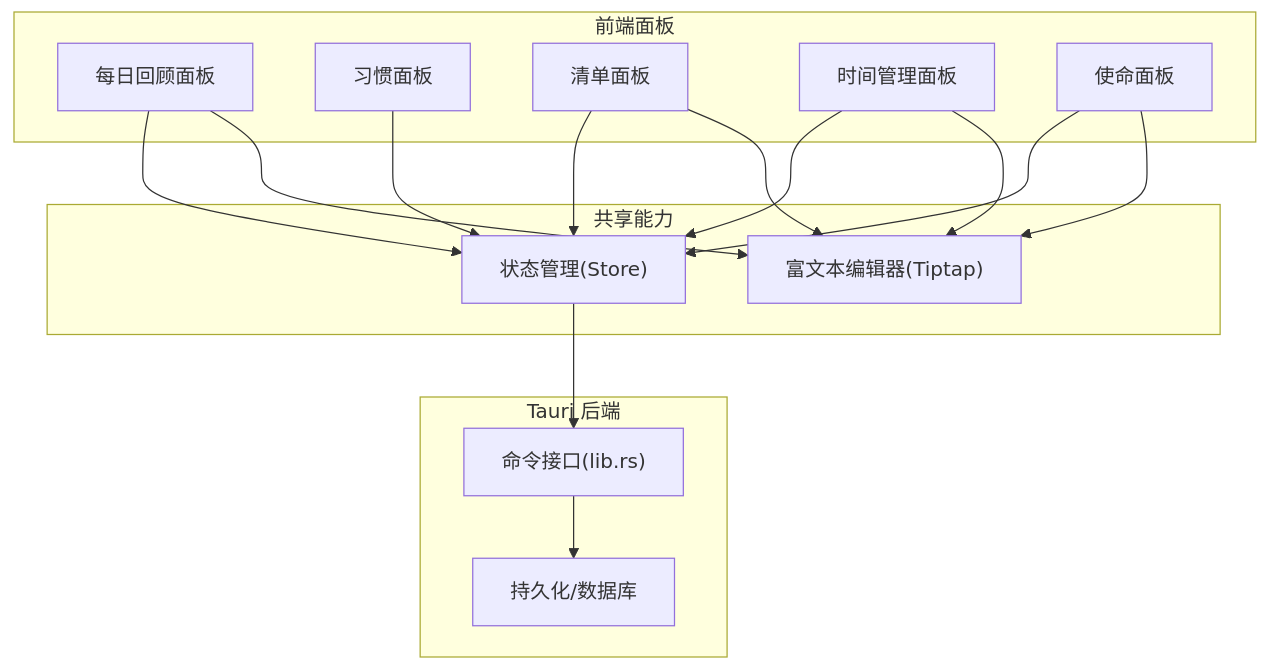
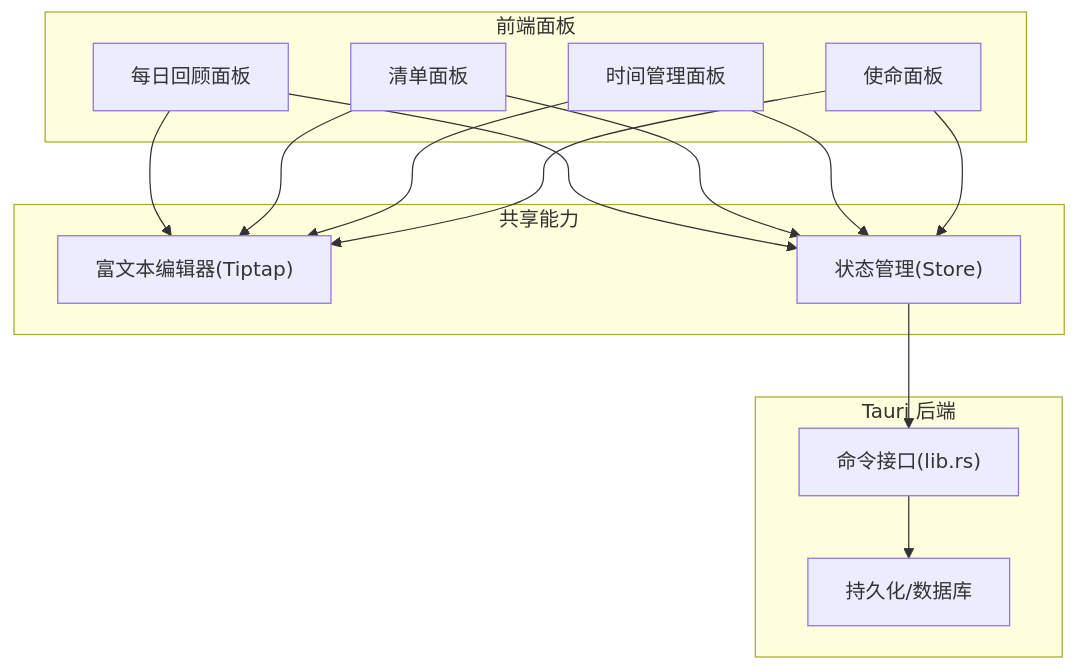
The second of 7 diagrams in .qoder/repowiki/zh/content/项目概述/项目介绍.md (gzdxhujiale/FishWorker), drawn with Mermaid before and after one commit. The commit also changed other lines of this file and 36 other files, not shown here.

````diff
--- a/.qoder/repowiki/zh/content/项目概述/项目介绍.md
+++ b/.qoder/repowiki/zh/content/项目概述/项目介绍.md
@@ -119,29 +122,27 @@
 ```mermaid
 graph TB
 subgraph "前端面板"
 DR["每日回顾面板"]
-HB["习惯面板"]
 LS["清单面板"]
 TM["时间管理面板"]
 MS["使命面板"]
 end
 subgraph "共享能力"
 TI["富文本编辑器(Tiptap)"]
 ST["状态管理(Store)"]
 end
 subgraph "Tauri 后端"
 CMD["命令接口(lib.rs)"]
 DB["持久化/数据库"]
 end
 DR --> ST
-HB --> ST
 LS --> ST
 TM --> ST
 MS --> ST
 DR --> TI
 LS --> TI
 TM --> TI
 MS --> TI
 ST --> CMD
 CMD --> DB
 ```
````
